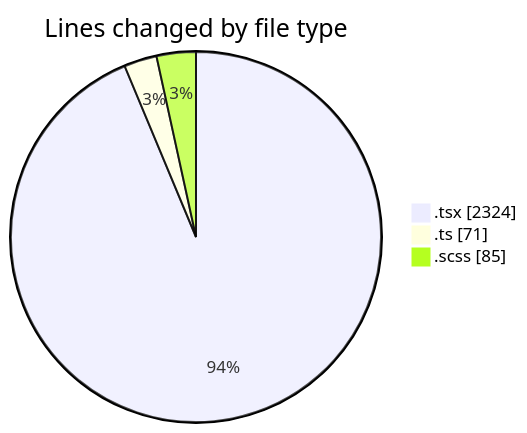
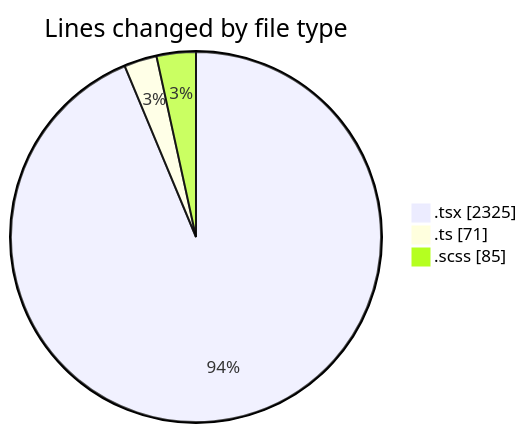
Before and after one commit to momahboobian/code-tracking: the first of 2 diagrams in 2025-02-11/cda/README.md, drawn with Mermaid. The commit also changed other lines of this file and 1 other file, not shown here.

````diff
--- a/2025-02-11/cda/README.md
+++ b/2025-02-11/cda/README.md
@@ -24,7 +24,7 @@
 ```mermaid
 pie showData
 title Lines changed by file type
-".tsx" : 2324
+".tsx" : 2325
 ".ts" : 71
 ".scss" : 85
 ```
````
